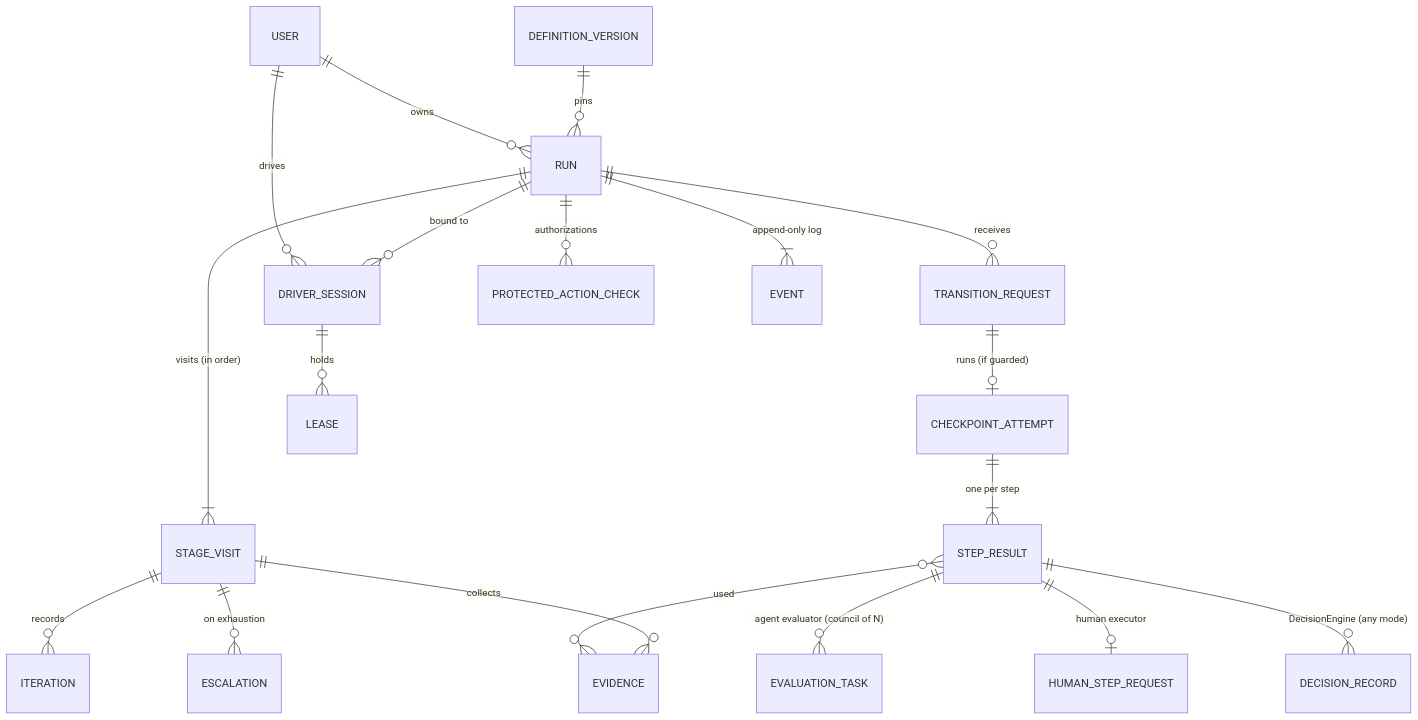
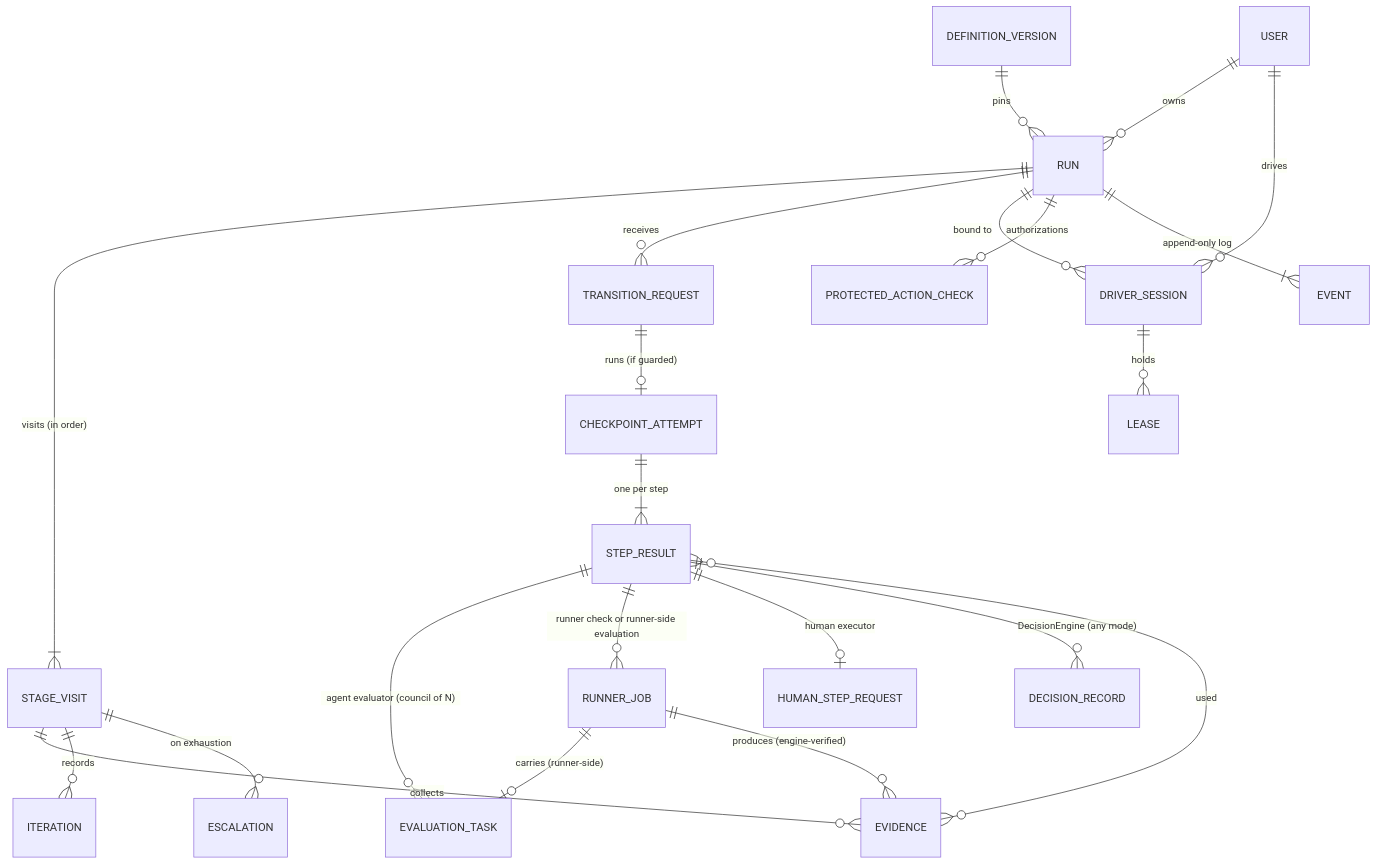
The second of 9 diagrams in docs/concepts/model.md (JoDi-27/ai-workflow-poc), drawn with Mermaid before and after one commit. The commit also changed other lines of this file and 6 other files, not shown here.

````diff
--- a/docs/concepts/model.md
+++ b/docs/concepts/model.md
@@ -32,21 +32,24 @@
 ```mermaid
 erDiagram
   DEFINITION_VERSION ||--o{ RUN : "pins"
   USER ||--o{ RUN : owns
   RUN ||--|{ STAGE_VISIT : "visits (in order)"
   STAGE_VISIT ||--o{ EVIDENCE : collects
   STAGE_VISIT ||--o{ ITERATION : "records"
   STAGE_VISIT ||--o{ ESCALATION : "on exhaustion"
   RUN ||--o{ TRANSITION_REQUEST : receives
   TRANSITION_REQUEST ||--o| CHECKPOINT_ATTEMPT : "runs (if guarded)"
   CHECKPOINT_ATTEMPT ||--|{ STEP_RESULT : "one per step"
   STEP_RESULT ||--o{ EVALUATION_TASK : "agent evaluator (council of N)"
+  STEP_RESULT ||--o{ RUNNER_JOB : "runner check or runner-side evaluation"
+  RUNNER_JOB ||--o| EVALUATION_TASK : "carries (runner-side)"
+  RUNNER_JOB ||--o{ EVIDENCE : "produces (engine-verified)"
   STEP_RESULT ||--o| HUMAN_STEP_REQUEST : "human executor"
   STEP_RESULT ||--o{ DECISION_RECORD : "DecisionEngine (any mode)"
   STEP_RESULT }o--o{ EVIDENCE : "used"
   RUN ||--o{ DRIVER_SESSION : "bound to"
   DRIVER_SESSION ||--o{ LEASE : holds
   USER ||--o{ DRIVER_SESSION : "drives"
   RUN ||--o{ PROTECTED_ACTION_CHECK : "authorizations"
   RUN ||--|{ EVENT : "append-only log"
 ```
````
